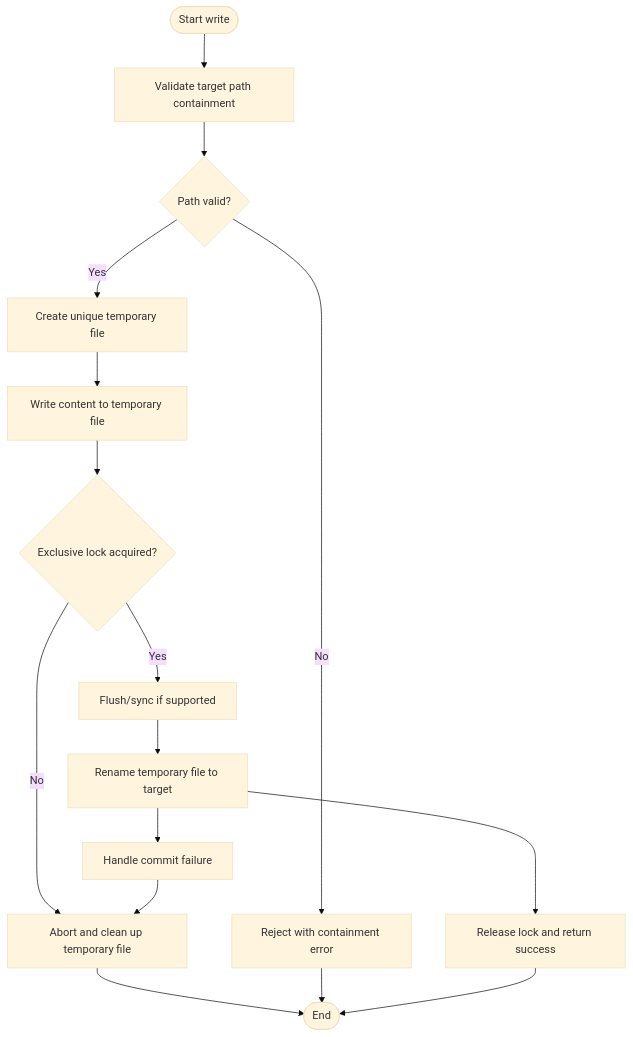
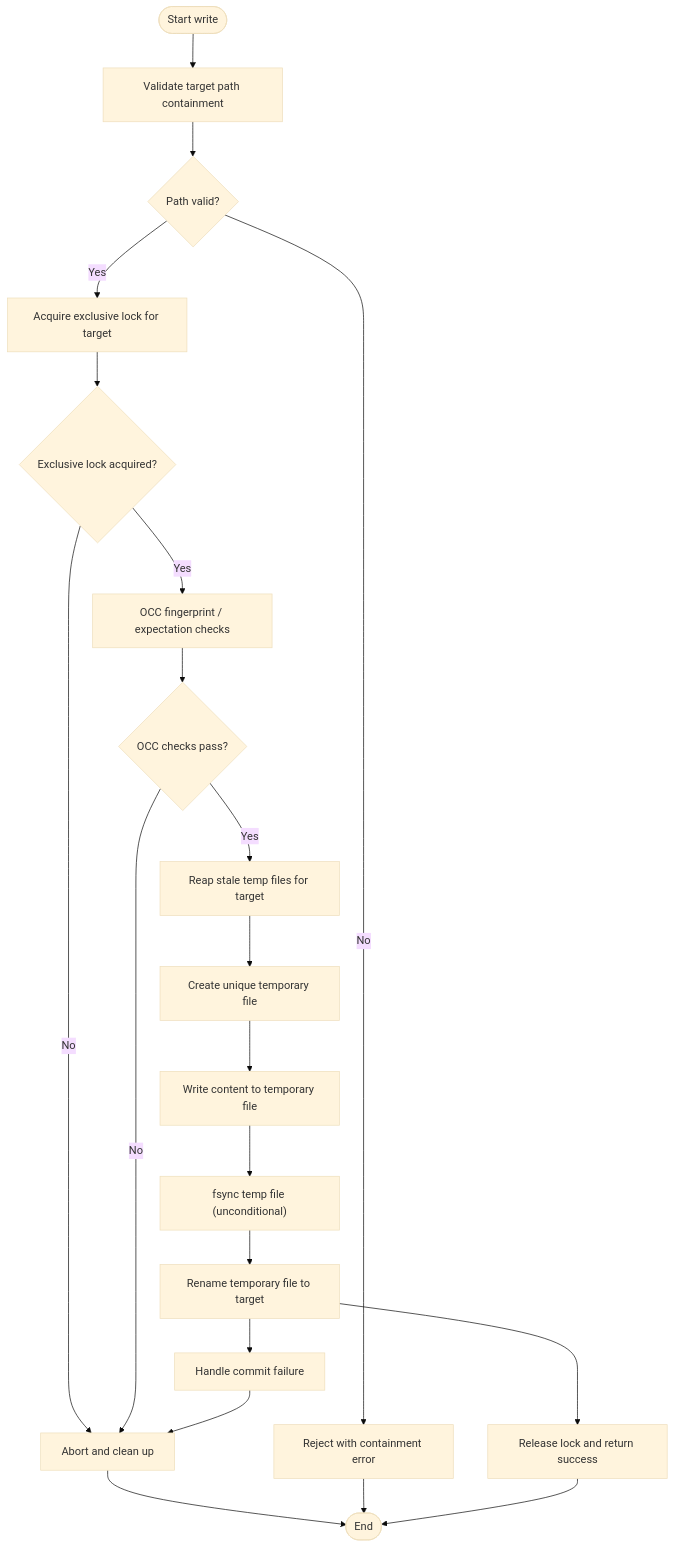
Before and after one commit to Kuldeep2822k/palee-architecture: the third of 6 diagrams in Storage System/Atomic Write System.md, drawn with Mermaid (base theme). The commit also changed other lines of this file and 6 other files, not shown here.

````diff
--- a/Storage System/Atomic Write System.md
+++ b/Storage System/Atomic Write System.md
@@ -120,18 +123,23 @@
 ```mermaid
 flowchart TD
     Start(["Start write"]) --> Validate["Validate target path containment"]
     Validate --> Valid{"Path valid?"}
     Valid -->|No| Error["Reject with containment error"]
-    Valid -->|Yes| CreateTemp["Create unique temporary file"]
+    Valid -->|Yes| AcquireLock["Acquire exclusive lock for target"]
+    AcquireLock --> Locked{"Exclusive lock acquired?"}
+    Locked -->|No| Abort["Abort and clean up"]
+    Locked -->|Yes| Occ["OCC fingerprint / expectation checks"]
+    Occ --> OccOk{"OCC checks pass?"}
+    OccOk -->|No| Abort
+    OccOk -->|Yes| Reap["Reap stale temp files for target"]
+    Reap --> CreateTemp["Create unique temporary file"]
     CreateTemp --> WriteContent["Write content to temporary file"]
-    WriteContent --> Locked{"Exclusive lock acquired?"}
-    Locked -->|No| Abort["Abort and clean up temporary file"]
-    Locked -->|Yes| Sync["Flush/sync if supported"]
+    WriteContent --> Sync["fsync temp file (unconditional)"]
     Sync --> Commit["Rename temporary file to target"]
     Commit --> Success["Release lock and return success"]
     Commit --> FailedCommit["Handle commit failure"]
     FailedCommit --> Abort
     Abort --> End(["End"])
     Error --> End
     Success --> End
 ```
````
